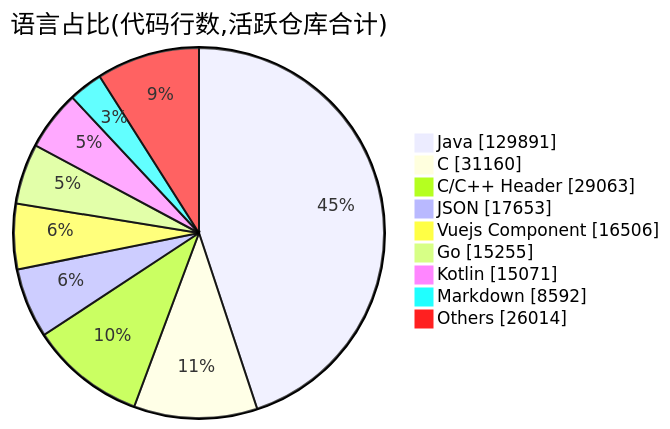
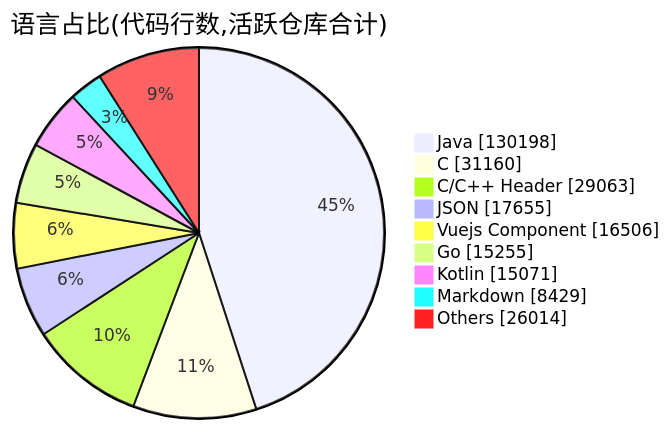
The second of 2 diagrams in profile/README.md (Conflux-Union/.github), drawn with Mermaid before and after one commit. The commit also changed other lines of this file and 1 other file, not shown here.

````diff
--- a/profile/README.md
+++ b/profile/README.md
@@ -80,13 +80,13 @@
 ```mermaid
 pie showData
     title 语言占比(代码行数,活跃仓库合计)
-    "Java" : 129891
+    "Java" : 130198
     "C" : 31160
     "C/C++ Header" : 29063
-    "JSON" : 17653
+    "JSON" : 17655
     "Vuejs Component" : 16506
     "Go" : 15255
     "Kotlin" : 15071
-    "Markdown" : 8592
+    "Markdown" : 8429
     "Others" : 26014
 ```
````
